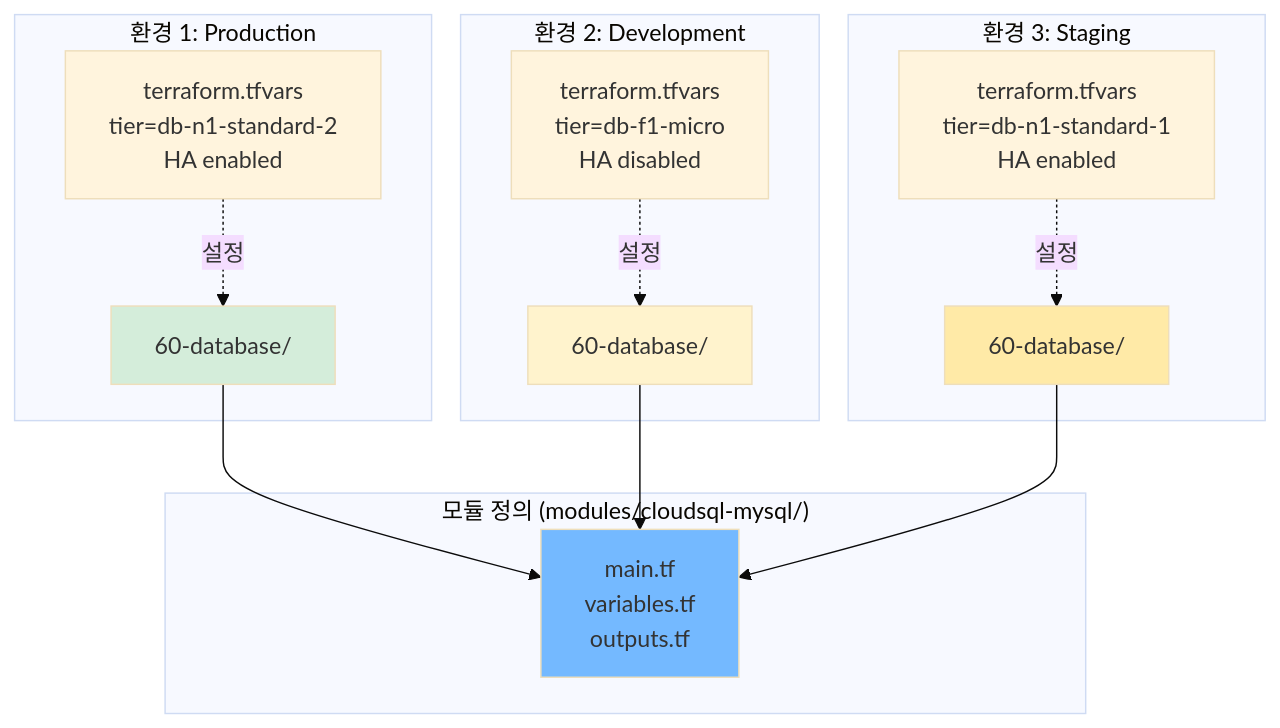
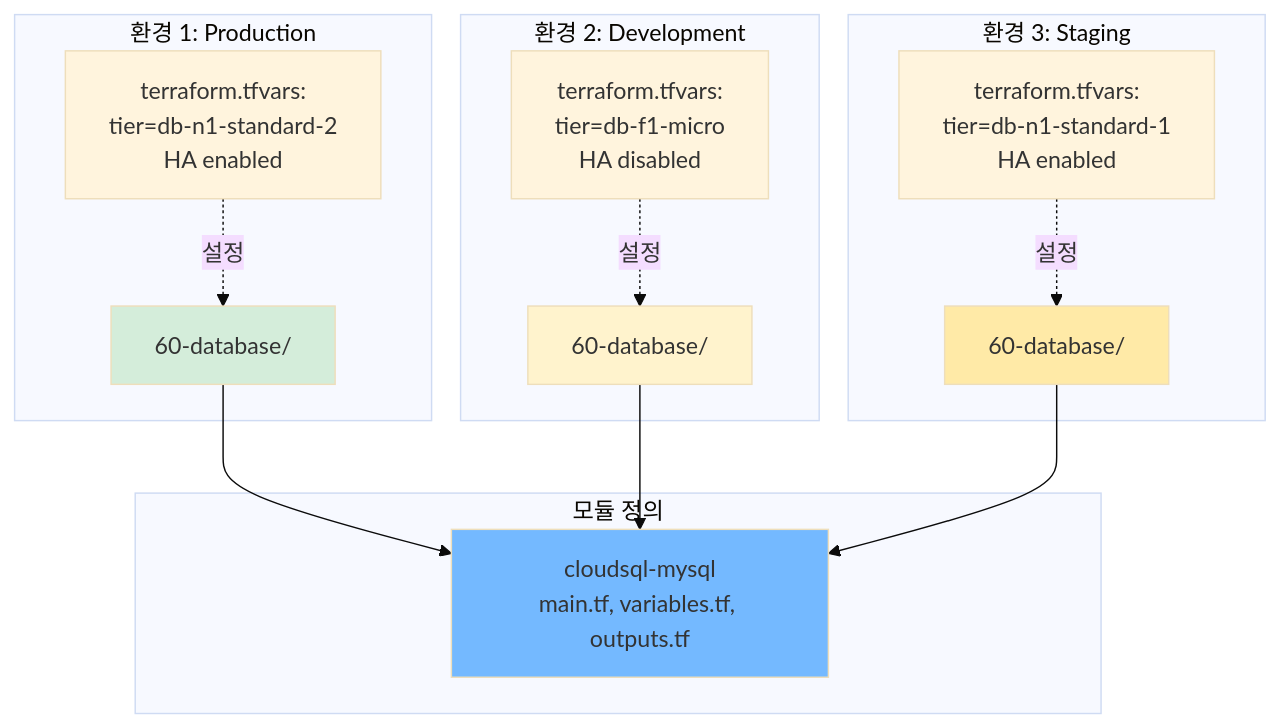
The eighth of 9 diagrams in terraform_gcp_infra/docs/architecture/diagrams.md (JSJ2337/GCP_terraform_code), drawn with Mermaid (base theme) before and after one commit. The commit also changed other lines of this file, not shown here.

First line of the commit message:
docs: diagrams.md 다이어그램 가독성 개선

````diff
--- a/terraform_gcp_infra/docs/architecture/diagrams.md
+++ b/terraform_gcp_infra/docs/architecture/diagrams.md
@@ -484,32 +484,32 @@
 ```mermaid
 graph TB
-    subgraph "모듈 정의 (modules/cloudsql-mysql/)"
-        MODULE[main.tf<br/>variables.tf<br/>outputs.tf]
+    subgraph MODULE_DEF["모듈 정의"]
+        MODULE[cloudsql-mysql<br/>main.tf, variables.tf, outputs.tf]
     end
 
-    subgraph "환경 1: Production"
+    subgraph PROD["환경 1: Production"]
         P_LAYER[60-database/]
-        P_VARS[terraform.tfvars<br/>tier=db-n1-standard-2<br/>HA enabled]
+        P_VARS["terraform.tfvars:<br/>tier=db-n1-standard-2<br/>HA enabled"]
         P_LAYER --> MODULE
         P_VARS -.설정.-> P_LAYER
     end
 
-    subgraph "환경 2: Development"
+    subgraph DEV["환경 2: Development"]
         D_LAYER[60-database/]
-        D_VARS[terraform.tfvars<br/>tier=db-f1-micro<br/>HA disabled]
+        D_VARS["terraform.tfvars:<br/>tier=db-f1-micro<br/>HA disabled"]
         D_LAYER --> MODULE
         D_VARS -.설정.-> D_LAYER
     end
 
-    subgraph "환경 3: Staging"
+    subgraph STAGE["환경 3: Staging"]
         S_LAYER[60-database/]
-        S_VARS[terraform.tfvars<br/>tier=db-n1-standard-1<br/>HA enabled]
+        S_VARS["terraform.tfvars:<br/>tier=db-n1-standard-1<br/>HA enabled"]
         S_LAYER --> MODULE
         S_VARS -.설정.-> S_LAYER
     end
 
     style MODULE fill:#74b9ff
     style P_LAYER fill:#d4edda
     style D_LAYER fill:#fff3cd
     style S_LAYER fill:#ffeaa7
 ```
````
